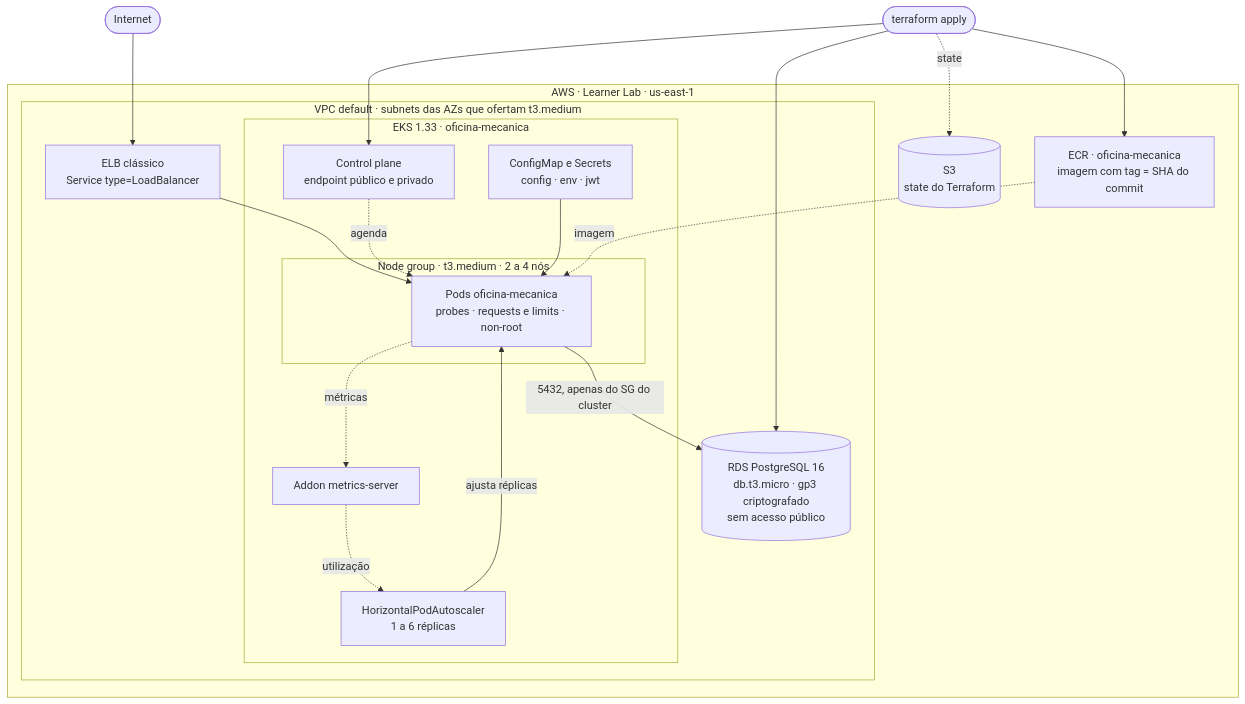
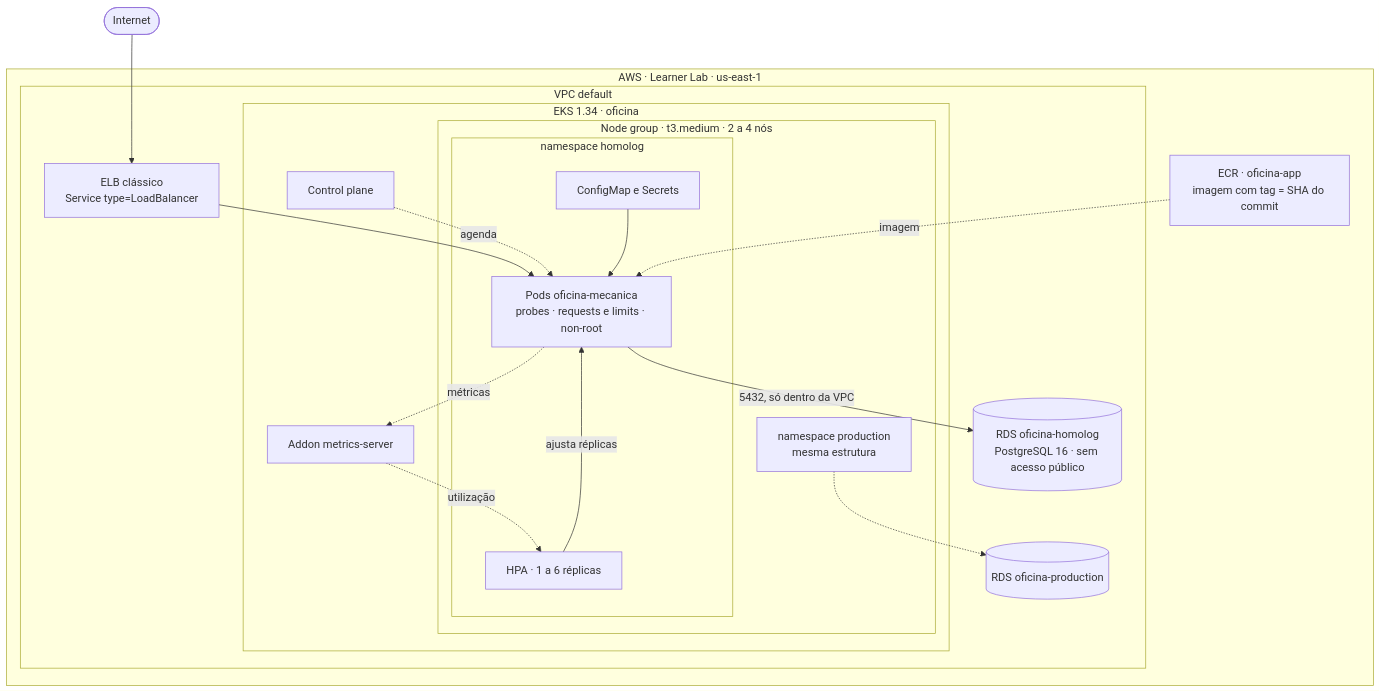
The second of 3 diagrams in README.md (15SOAT-JVGG/oficina-app), drawn with Mermaid before and after one commit. The commit also changed other lines of this file and 5 other files, not shown here.

````diff
--- a/README.md
+++ b/README.md
@@ -122,41 +123,40 @@
 ```mermaid
 flowchart TB
     internet(["Internet"])
-    tf(["terraform apply"])
 
     subgraph aws["AWS · Learner Lab · us-east-1"]
-        s3[("S3<br/>state do Terraform")]
-        ecr["ECR · oficina-mecanica<br/>imagem com tag = SHA do commit"]
+        ecr["ECR · oficina-app<br/>imagem com tag = SHA do commit"]
 
-        subgraph vpc["VPC default · subnets das AZs que ofertam t3.medium"]
+        subgraph vpc["VPC default"]
             elb["ELB clássico<br/>Service type=LoadBalancer"]
 
-            subgraph eks["EKS 1.33 · oficina-mecanica"]
-                cp["Control plane<br/>endpoint público e privado"]
-                config["ConfigMap e Secrets<br/>config · env · jwt"]
+            subgraph eks["EKS 1.34 · oficina"]
+                cp["Control plane"]
                 metrics["Addon metrics-server"]
-                hpa["HorizontalPodAutoscaler<br/>1 a 6 réplicas"]
 
                 subgraph nodegroup["Node group · t3.medium · 2 a 4 nós"]
-                    pods["Pods oficina-mecanica<br/>probes · requests e limits · non-root"]
+                    subgraph nsh["namespace homolog"]
+                        config["ConfigMap e Secrets"]
+                        hpa["HPA · 1 a 6 réplicas"]
+                        pods["Pods oficina-mecanica<br/>probes · requests e limits · non-root"]
+                    end
+                    nsp["namespace production<br/>mesma estrutura"]
                 end
             end
 
-            rds[("RDS PostgreSQL 16<br/>db.t3.micro · gp3 criptografado<br/>sem acesso público")]
+            rdsh[("RDS oficina-homolog<br/>PostgreSQL 16 · sem acesso público")]
+            rdsp[("RDS oficina-production")]
         end
     end
 
-    tf -. "state" .-> s3
-    tf --> cp
-    tf --> rds
-    tf --> ecr
     internet --> elb
     elb --> pods
     cp -. "agenda" .-> pods
     config --> pods
     ecr -. "imagem" .-> pods
     pods -. "métricas" .-> metrics
     metrics -. "utilização" .-> hpa
     hpa -- "ajusta réplicas" --> pods
-    pods -- "5432, apenas do SG do cluster" --> rds
+    pods -- "5432, só dentro da VPC" --> rdsh
+    nsp -.-> rdsp
 ```
````
